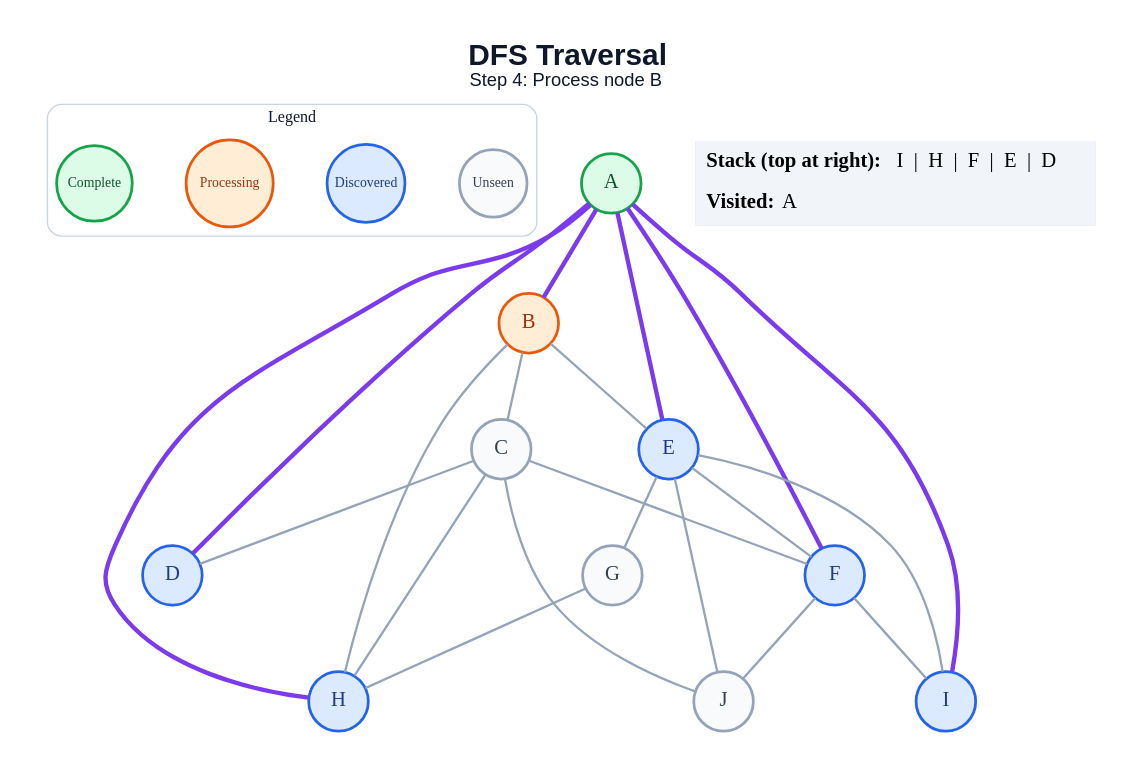
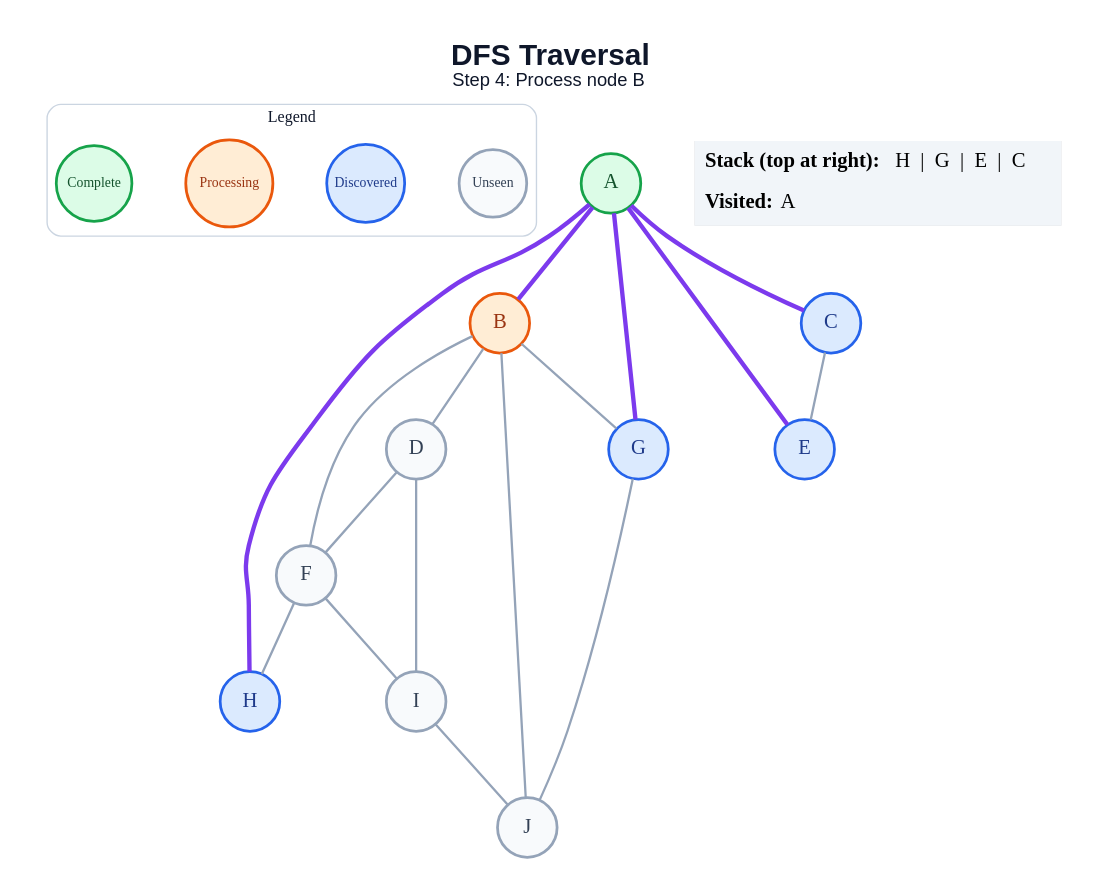
One commit to amanghodawala9/ai-slop changed the diagram in generated/dfs/step_04.dot. Above: the diagram before and after it, drawn with Graphviz. The commit also changed 178 other files, not shown here.

```diff
--- a/generated/dfs/step_04.dot
+++ b/generated/dfs/step_04.dot
@@ -1,49 +1,45 @@
 graph traversal {
   graph [layout=dot, rankdir=TB, bgcolor="#FFFFFF", pad="0.35", nodesep="0.65", ranksep="0.8", fontname="Arial"];
   node [shape=circle, style="filled", fontname="Arial Bold", fontsize=18, width=0.72, fixedsize=true, penwidth=2.4];
   edge [color="#94A3B8", penwidth=2.0];
   label=<<B>DFS Traversal</B><BR/><FONT POINT-SIZE="16">Step 4: Process node B</FONT>>; labelloc="t"; fontsize=26; fontname="Arial"; fontcolor="#0F172A";
   subgraph cluster_legend { label="Legend"; color="#CBD5E1"; penwidth=1.2; style="rounded"; fontsize=14; fontname="Arial Bold";
     key_unseen [label="Unseen", fillcolor="#F8FAFC", color="#94A3B8", fontcolor="#334155", fontsize=12, width=0.82];
     key_frontier [label="Discovered", fillcolor="#DBEAFE", color="#2563EB", fontcolor="#1E3A8A", fontsize=12, width=0.95];
     key_current [label="Processing", fillcolor="#FFEDD5", color="#EA580C", fontcolor="#9A3412", fontsize=12, width=1.05];
     key_done [label="Complete", fillcolor="#DCFCE7", color="#16A34A", fontcolor="#14532D", fontsize=12, width=0.92];
     { rank=same; key_unseen; key_frontier; key_current; key_done; }
   }
   A [fillcolor="#DCFCE7", color="#16A34A", fontcolor="#14532D"];
   B [fillcolor="#FFEDD5", color="#EA580C", fontcolor="#9A3412"];
-  C [fillcolor="#F8FAFC", color="#94A3B8", fontcolor="#334155"];
-  D [fillcolor="#DBEAFE", color="#2563EB", fontcolor="#1E3A8A"];
+  C [fillcolor="#DBEAFE", color="#2563EB", fontcolor="#1E3A8A"];
+  D [fillcolor="#F8FAFC", color="#94A3B8", fontcolor="#334155"];
   E [fillcolor="#DBEAFE", color="#2563EB", fontcolor="#1E3A8A"];
-  F [fillcolor="#DBEAFE", color="#2563EB", fontcolor="#1E3A8A"];
-  G [fillcolor="#F8FAFC", color="#94A3B8", fontcolor="#334155"];
+  F [fillcolor="#F8FAFC", color="#94A3B8", fontcolor="#334155"];
+  G [fillcolor="#DBEAFE", color="#2563EB", fontcolor="#1E3A8A"];
   H [fillcolor="#DBEAFE", color="#2563EB", fontcolor="#1E3A8A"];
-  I [fillcolor="#DBEAFE", color="#2563EB", fontcolor="#1E3A8A"];
+  I [fillcolor="#F8FAFC", color="#94A3B8", fontcolor="#334155"];
   J [fillcolor="#F8FAFC", color="#94A3B8", fontcolor="#334155"];
   A -- B [color="#7C3AED", penwidth=3.8];
-  A -- D [color="#7C3AED", penwidth=3.8];
+  A -- C [color="#7C3AED", penwidth=3.8];
   A -- E [color="#7C3AED", penwidth=3.8];
-  A -- F [color="#7C3AED", penwidth=3.8];
+  A -- G [color="#7C3AED", penwidth=3.8];
   A -- H [color="#7C3AED", penwidth=3.8];
-  A -- I [color="#7C3AED", penwidth=3.8];
-  B -- C;
-  B -- E;
-  B -- H;
-  C -- D;
-  C -- F;
-  C -- H;
-  C -- J;
-  E -- F;
-  E -- G;
-  E -- I;
-  E -- J;
+  B -- D;
+  B -- F;
+  B -- G;
+  B -- J;
+  C -- E;
+  D -- F;
+  D -- I;
+  F -- H;
   F -- I;
-  F -- J;
-  G -- H;
+  G -- J;
+  I -- J;
   status [shape=plain, fixedsize=false, width=0, height=0, margin=0, label=<
     <TABLE BORDER="0" CELLBORDER="0" CELLPADDING="7" BGCOLOR="#F1F5F9">
-      <TR><TD ALIGN="LEFT"><B>Stack (top at right):</B> I  |  H  |  F  |  E  |  D</TD></TR>
+      <TR><TD ALIGN="LEFT"><B>Stack (top at right):</B> H  |  G  |  E  |  C</TD></TR>
       <TR><TD ALIGN="LEFT"><B>Visited:</B> A</TD></TR>
     </TABLE>
   >];
 }
```
